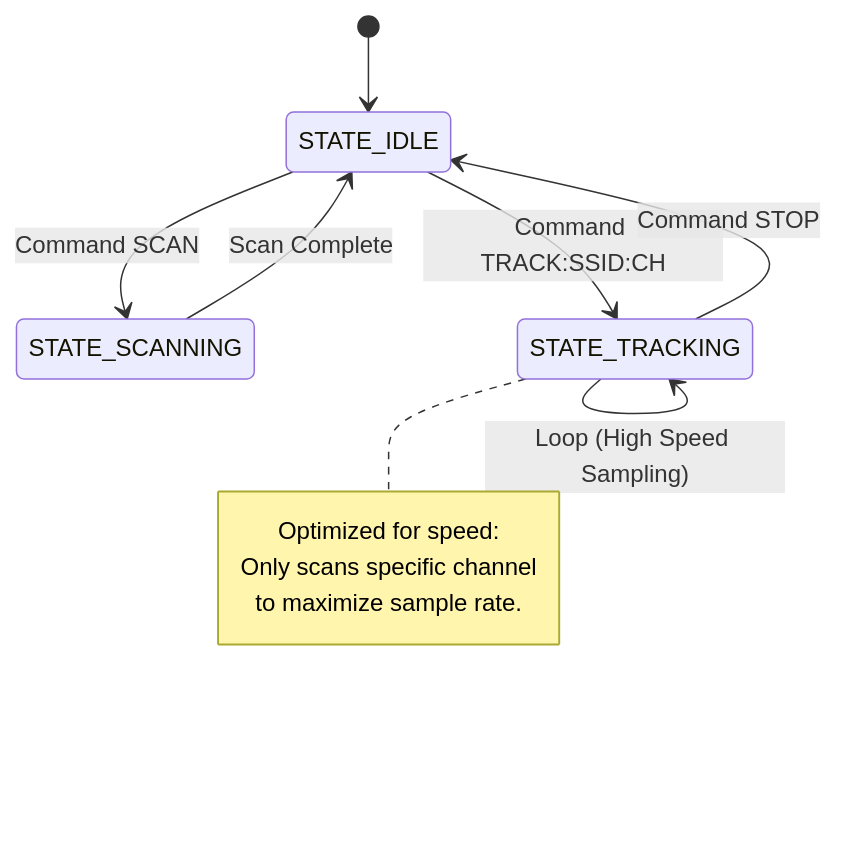
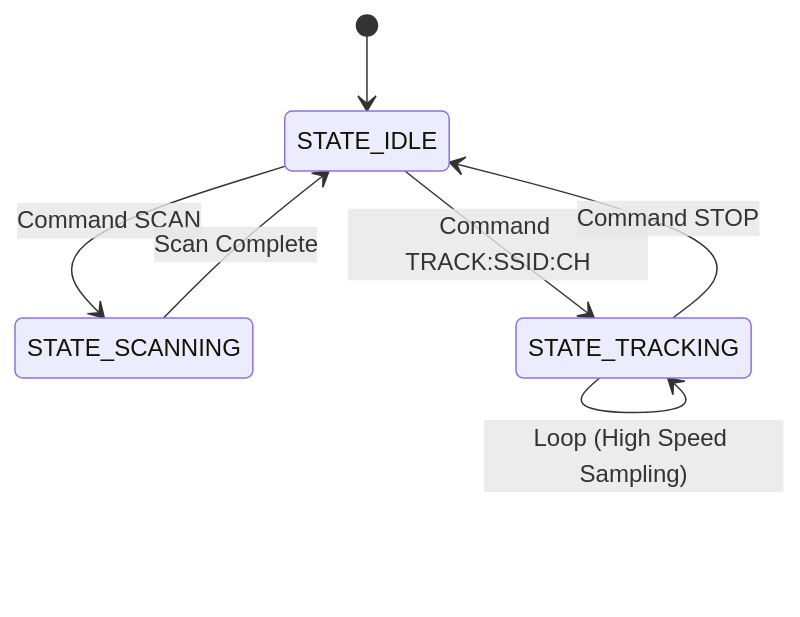
One commit to xzg3417/EE1301_Project_Standalone changed the third of 3 diagrams in README.md. Above: the diagram before and after it, drawn with Mermaid. The commit also changed other lines of this file and 2 other files, not shown here.

First line of the commit message:
Update README with architecture details and add screenshots

````diff
--- a/README.md
+++ b/README.md
@@ -157,19 +158,11 @@
 ```mermaid
 stateDiagram-v2
     [*] --> STATE_IDLE
-    
     STATE_IDLE --> STATE_SCANNING : Command SCAN
     STATE_SCANNING --> STATE_IDLE : Scan Complete
     
-    %% 这里用了 #58; 代替冒号，Draw.io 会把它渲染成 :
+    %% Escaped colons for Mermaid compatibility
     STATE_IDLE --> STATE_TRACKING : Command TRACK#58;SSID#58;CH
-    
     STATE_TRACKING --> STATE_TRACKING : Loop (High Speed Sampling)
     STATE_TRACKING --> STATE_IDLE : Command STOP
-    
-    note right of STATE_TRACKING
-      Optimized for speed:
-      Only scans specific channel
-      to maximize sample rate.
-    end note
 ```
````
